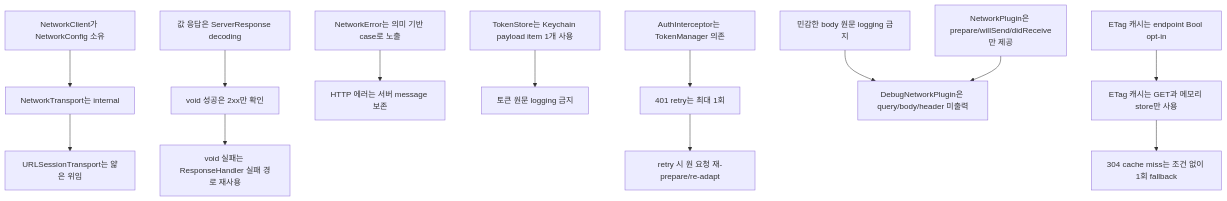
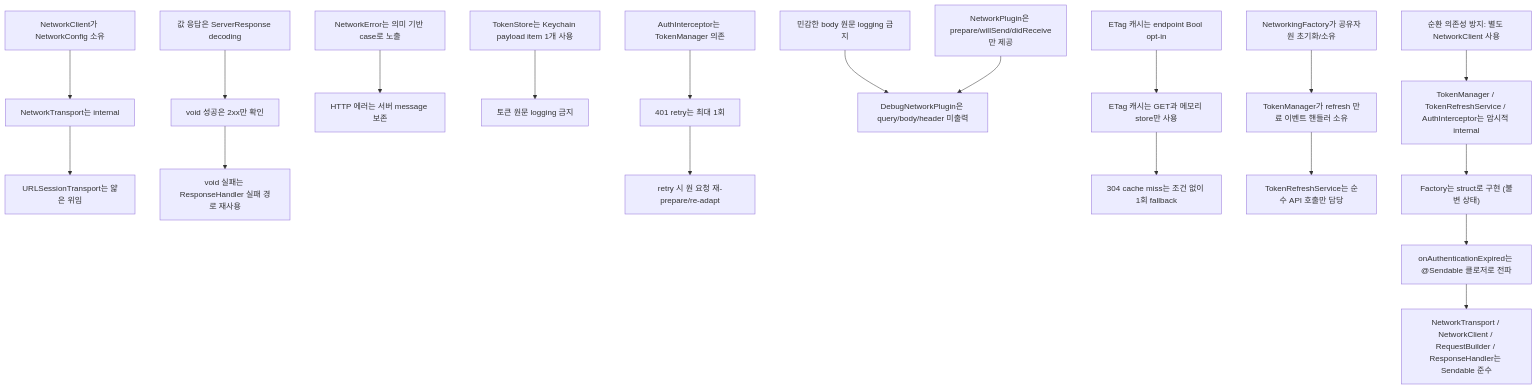
The eighth of 8 diagrams in Projects/LivithNetworking/README.md (mediunn/Livith-iOS), drawn with Mermaid before and after one commit. The commit also changed other lines of this file, not shown here.

First line of the commit message:
[Feat] LIVD-409 - 네트워킹 팩토리 설계 및 인증 만료 이벤트 전파 문서 반영

````diff
--- a/Projects/LivithNetworking/README.md
+++ b/Projects/LivithNetworking/README.md
@@ -496,31 +539,41 @@
 ```mermaid
 flowchart TD
     A[NetworkClient가 NetworkConfig 소유]
     B[NetworkTransport는 internal]
     C[URLSessionTransport는 얇은 위임]
     D[값 응답은 ServerResponse decoding]
     E[void 성공은 2xx만 확인]
     F[void 실패는 ResponseHandler 실패 경로 재사용]
     G[민감한 body 원문 logging 금지]
     H[NetworkError는 의미 기반 case로 노출]
     I[HTTP 에러는 서버 message 보존]
     J[TokenStore는 Keychain payload item 1개 사용]
     K[토큰 원문 logging 금지]
     L[AuthInterceptor는 TokenManager 의존]
     M[401 retry는 최대 1회]
     N[retry 시 원 요청 재-prepare/re-adapt]
     O[NetworkPlugin은 prepare/willSend/didReceive만 제공]
     P[DebugNetworkPlugin은 query/body/header 미출력]
     Q[ETag 캐시는 endpoint Bool opt-in]
     R[ETag 캐시는 GET과 메모리 store만 사용]
     S[304 cache miss는 조건 없이 1회 fallback]
+    T["NetworkingFactory가 공유자원 초기화/소유"]
+    U["TokenManager가 refresh 만료 이벤트 핸들러 소유"]
+    V["TokenRefreshService는 순수 API 호출만 담당"]
+    W["순환 의존성 방지: 별도 NetworkClient 사용"]
+    X["TokenManager / TokenRefreshService / AuthInterceptor는 암시적 internal"]
+    Y["Factory는 struct로 구현 (불변 상태)"]
+    Z["onAuthenticationExpired는 @Sendable 클로저로 전파"]
+    a1["NetworkTransport / NetworkClient / RequestBuilder / ResponseHandler는 Sendable 준수"]
 
     A --> B --> C
     D --> E --> F
     G --> P
     H --> I
     J --> K
     L --> M --> N
     O --> P
     Q --> R --> S
+    T --> U --> V
+    W --> X --> Y --> Z --> a1
 ```
````
